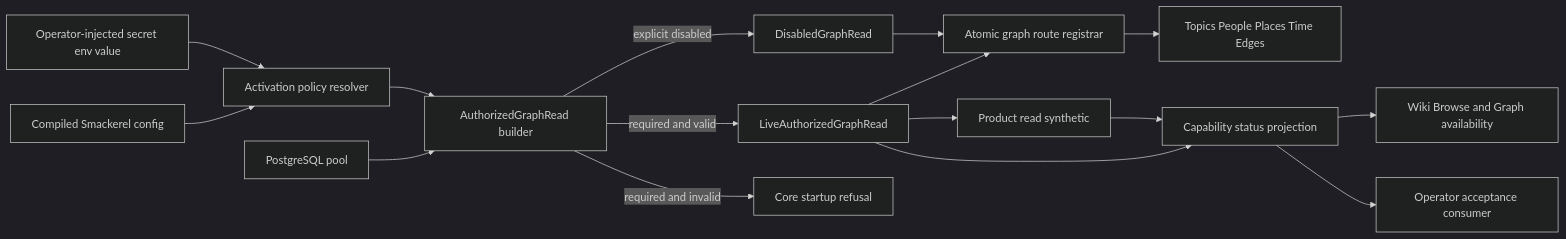
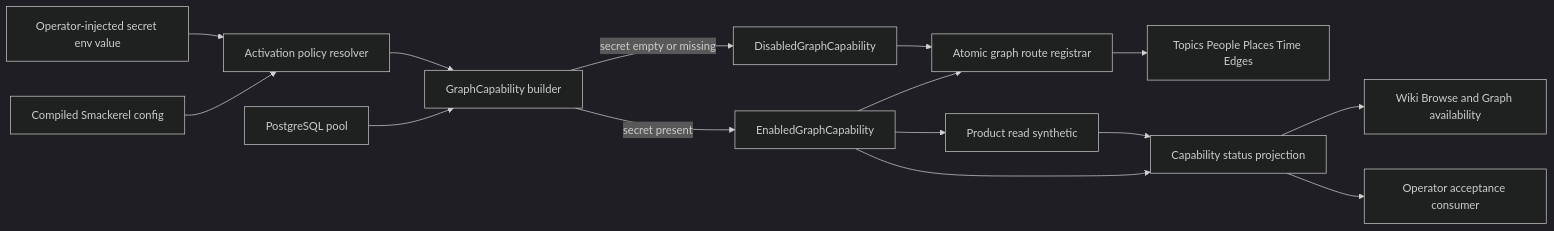
The diagram in specs/080-knowledge-graph-public-api/bugs/BUG-080-001-graph-api-fail-soft-runtime-disable/design.md (pkirsanov/smackerel), drawn with Mermaid (dark theme) before and after one commit. The commit also changed other lines of this file and 6 other files, not shown here.

First line of the commit message:
BUG-080-001: graph API fail-soft runtime-disable (unit-verified) + correct artifacts fail-loud->fail-soft

````diff
--- a/specs/080-knowledge-graph-public-api/bugs/BUG-080-001-graph-api-fail-soft-runtime-disable/design.md
+++ b/specs/080-knowledge-graph-public-api/bugs/BUG-080-001-graph-api-fail-soft-runtime-disable/design.md
@@ -153,18 +164,17 @@
 ```mermaid
 flowchart LR
 	SST[Compiled Smackerel config] --> AP[Activation policy resolver]
 	Secret[Operator-injected secret env value] --> AP
-	Pool[PostgreSQL pool] --> Builder[AuthorizedGraphRead builder]
+	Pool[PostgreSQL pool] --> Builder[GraphCapability builder]
 	AP --> Builder
-	Builder -->|required and valid| Live[LiveAuthorizedGraphRead]
-	Builder -->|explicit disabled| Disabled[DisabledGraphRead]
-	Builder -->|required and invalid| Refuse[Core startup refusal]
+	Builder -->|secret present| Live[EnabledGraphCapability]
+	Builder -->|secret empty or missing| Disabled[DisabledGraphCapability]
 	Live --> Router[Atomic graph route registrar]
 	Disabled --> Router
 	Router --> Families[Topics People Places Time Edges]
 	Live --> Synthetic[Product read synthetic]
 	Live --> Status[Capability status projection]
 	Synthetic --> Status
 	Status --> Wiki[Wiki Browse and Graph availability]
 	Status --> Adapter[Operator acceptance consumer]
 ```
````
